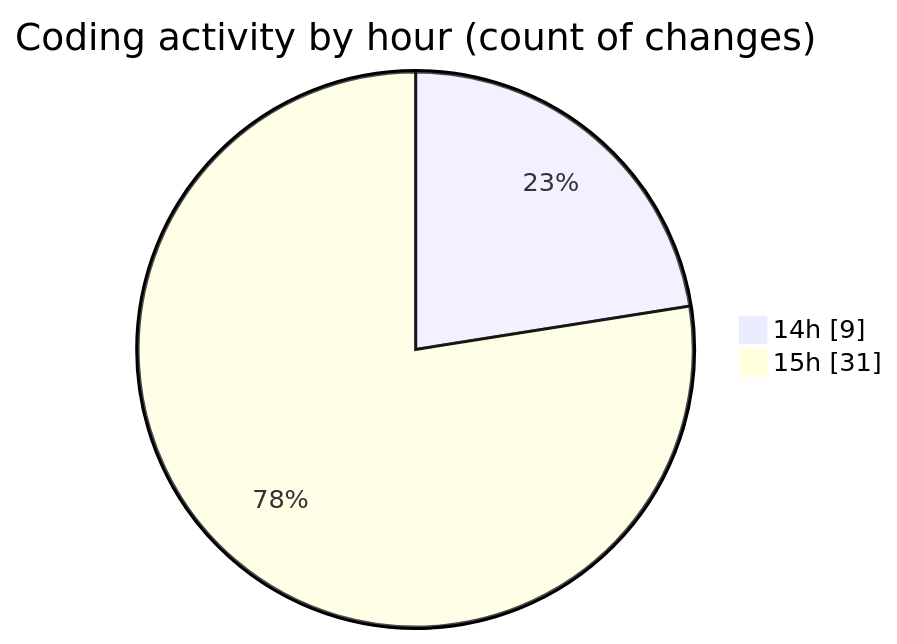
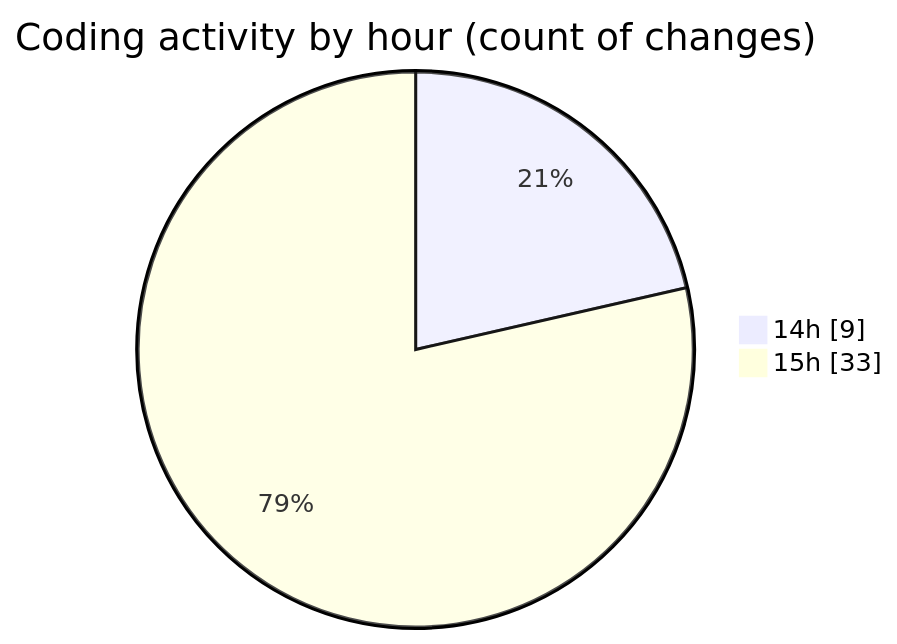
Before and after one commit to Ritupan-Deka/code-tracking: the second of 2 diagrams in 2025-06-17/projects/README.md, drawn with Mermaid. The commit also changed other lines of this file and 1 other file, not shown here.

````diff
--- a/2025-06-17/projects/README.md
+++ b/2025-06-17/projects/README.md
@@ -28,6 +29,6 @@
 ```mermaid
 pie showData
 title Coding activity by hour (count of changes)
 "14h" : 9
-"15h" : 31
+"15h" : 33
 ```
````
